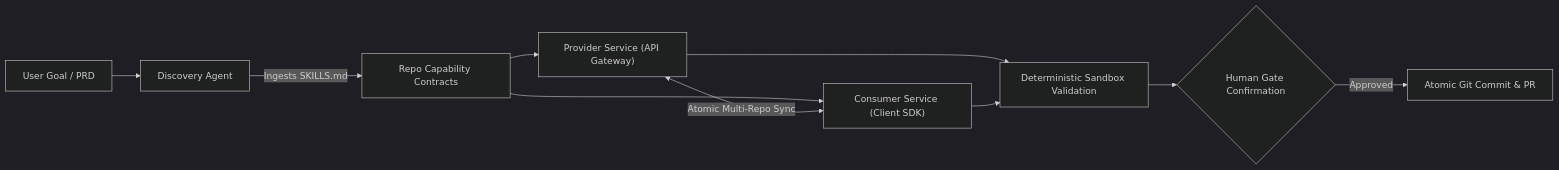
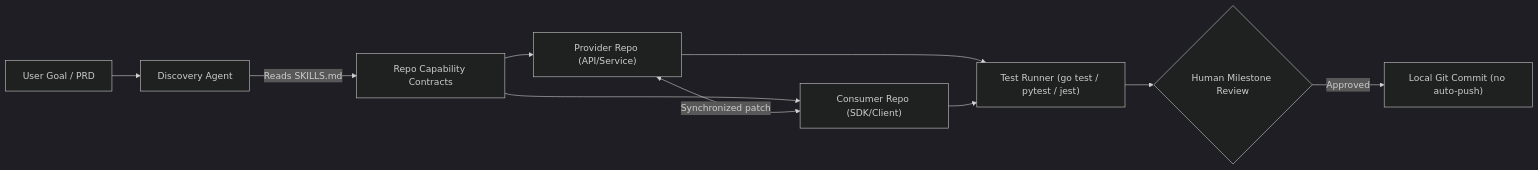
The diagram in PITCH_DECK_AND_GTM_KIT.md (gopikomanduri/ascm-poc), drawn with Mermaid (dark theme) before and after one commit. The commit also changed other lines of this file and 1 other file, not shown here.

````diff
--- a/PITCH_DECK_AND_GTM_KIT.md
+++ b/PITCH_DECK_AND_GTM_KIT.md
@@ -38,12 +53,12 @@
 ```mermaid
 flowchart LR
     UserGoal["User Goal / PRD"] --> Discovery["Discovery Agent"]
-    Discovery --> |Ingests SKILLS.md| Repos["Repo Capability Contracts"]
-    Repos --> Provider["Provider Service (API Gateway)"]
-    Repos --> Consumer["Consumer Service (Client SDK)"]
-    Provider <--> |Atomic Multi-Repo Sync| Consumer
-    Provider --> Sandbox["Deterministic Sandbox Validation"]
-    Consumer --> Sandbox
-    Sandbox --> HumanReview{"Human Gate Confirmation"}
-    HumanReview --> |Approved| GitCommit["Atomic Git Commit & PR"]
+    Discovery --> |Reads SKILLS.md| Repos["Repo Capability Contracts"]
+    Repos --> Provider["Provider Repo (API/Service)"]
+    Repos --> Consumer["Consumer Repo (SDK/Client)"]
+    Provider <--> |Synchronized patch| Consumer
+    Provider --> Verifier["Test Runner (go test / pytest / jest)"]
+    Consumer --> Verifier
+    Verifier --> HumanGate{"Human Milestone Review"}
+    HumanGate --> |Approved| GitCommit["Local Git Commit (no auto-push)"]
 ```
````
